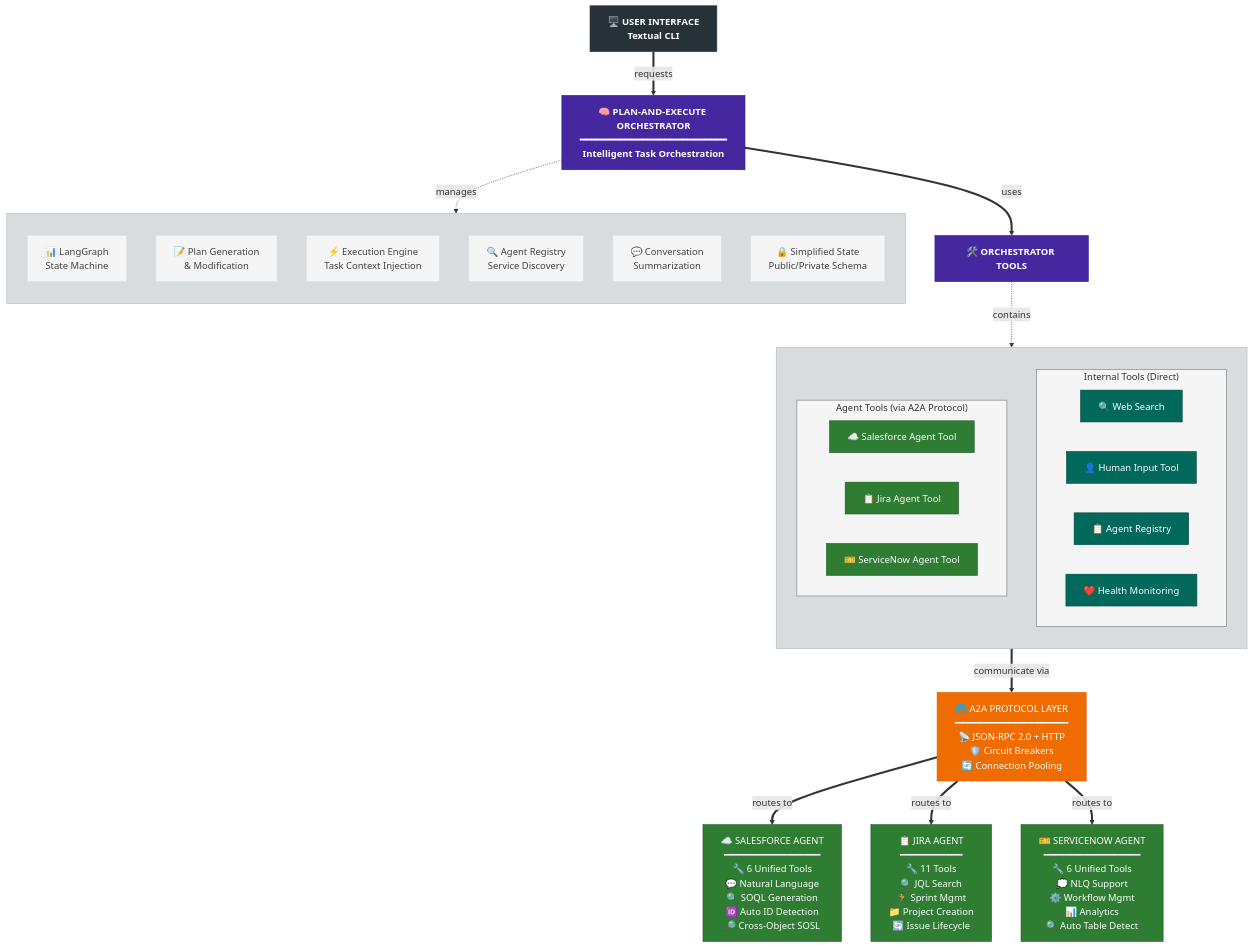
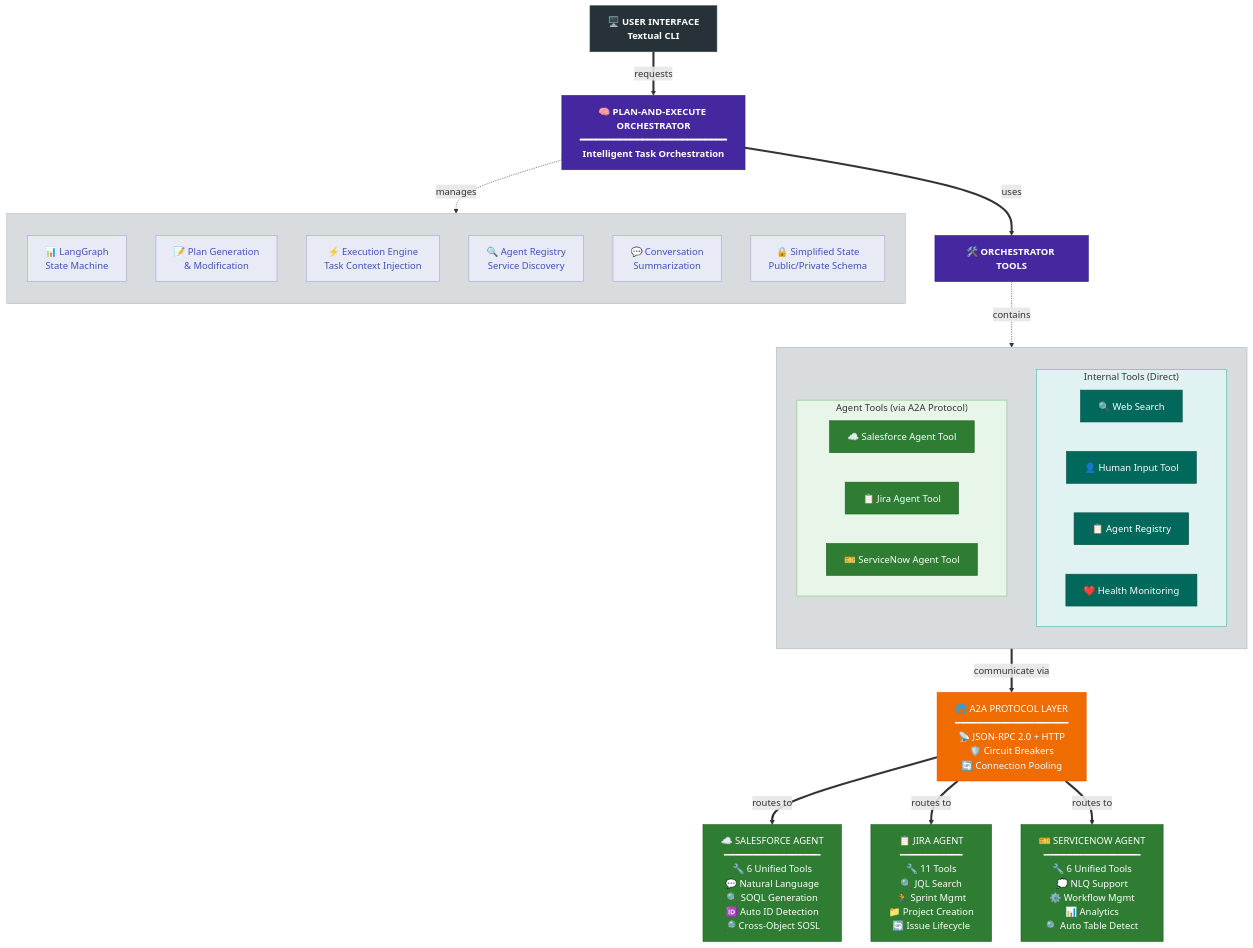
One commit to nickpeterson92/consultant-assistant changed the first of 3 diagrams in docs/guides/comprehensive-onboarding-guide.md. Above: the diagram before and after it, drawn with Mermaid. The commit also changed 1 other file, not shown here.

Commit message:
right here, its this one.

````diff
--- a/docs/guides/comprehensive-onboarding-guide.md
+++ b/docs/guides/comprehensive-onboarding-guide.md
@@ -242,69 +242,69 @@
 ```mermaid
 flowchart TB
     %% Modern, sleek color scheme with subtle, muted tones
     classDef uiClass fill:#263238,stroke:#37474f,stroke-width:1px,color:#ffffff,font-weight:bold
     classDef orchestratorClass fill:#4527a0,stroke:#311b92,stroke-width:1px,color:#ffffff,font-weight:bold
     classDef protocolClass fill:#ef6c00,stroke:#e65100,stroke-width:1px,color:#ffffff
     classDef agentToolClass fill:#2e7d32,stroke:#1b5e20,stroke-width:1px,color:#ffffff
     classDef internalToolClass fill:#00695c,stroke:#004d40,stroke-width:1px,color:#ffffff
-    classDef componentClass fill:#f5f5f5,stroke:#e0e0e0,stroke-width:1px,color:#424242
+    classDef componentClass fill:#e8eaf6,stroke:#9fa8da,stroke-width:1px,color:#3f51b5
     
     %% User Interface Layer
     UI[🖥️ USER INTERFACE<br>Textual CLI]:::uiClass
     
     %% Main Orchestrator
     UI ==>|"requests"| ORCH[🧠 PLAN-AND-EXECUTE ORCHESTRATOR<br>━━━━━━━━━━━━━━━━━━━━━━━━━━<br>Intelligent Task Orchestration]:::orchestratorClass
     
     %% Core Components with semi-transparent styling
     subgraph components[" "]
         direction TB
         LG[📊 LangGraph<br>State Machine]:::componentClass
         PG[📝 Plan Generation<br>& Modification]:::componentClass
         EE[⚡ Execution Engine<br>Task Context Injection]:::componentClass
         AR[🔍 Agent Registry<br>Service Discovery]:::componentClass
         CS[💬 Conversation<br>Summarization]:::componentClass
         SS[🔒 Simplified State<br>Public/Private Schema]:::componentClass
     end
     
     %% All Tools under one umbrella
     ORCH ==>|"uses"| TOOLS[🛠️ ORCHESTRATOR TOOLS]:::orchestratorClass
     
     %% Tools subgraph containing both types
     subgraph tools[" "]
         direction TB
         
         %% Internal Tools (Direct)
         subgraph internal["Internal Tools (Direct)"]
             WS[🔍 Web Search]:::internalToolClass
             HI[👤 Human Input Tool]:::internalToolClass
             REG[📋 Agent Registry]:::internalToolClass
             HM[❤️ Health Monitoring]:::internalToolClass
         end
         
         %% Agent Tools (via A2A)
         subgraph agents["Agent Tools (via A2A Protocol)"]
             SFT[☁️ Salesforce Agent Tool]:::agentToolClass
             JT[📋 Jira Agent Tool]:::agentToolClass
             SNT[🎫 ServiceNow Agent Tool]:::agentToolClass
         end
     end
     
     TOOLS -.->|contains| tools
     
     %% A2A Protocol connection from agent tools
     agents ==>|"communicate via"| PROTOCOL[🌐 A2A PROTOCOL LAYER<br>━━━━━━━━━━━━━━━━━━━━<br>📡 JSON-RPC 2.0 + HTTP<br>🛡️ Circuit Breakers<br>🔄 Connection Pooling]:::protocolClass
     
     %% Remote Agents
     PROTOCOL ==>|"routes to"| SF[☁️ SALESFORCE AGENT<br>━━━━━━━━━━━━━━━━━<br>🔧 6 Unified Tools<br>💬 Natural Language<br>🔍 SOQL Generation<br>🆔 Auto ID Detection<br>🔎 Cross-Object SOSL]:::agentToolClass
     
     PROTOCOL ==>|"routes to"| JIRA[📋 JIRA AGENT<br>━━━━━━━━━━━<br>🔧 11 Tools<br>🔍 JQL Search<br>🏃 Sprint Mgmt<br>📁 Project Creation<br>🔄 Issue Lifecycle]:::agentToolClass
     
     PROTOCOL ==>|"routes to"| SN[🎫 SERVICENOW AGENT<br>━━━━━━━━━━━━━━━━━<br>🔧 6 Unified Tools<br>💭 NLQ Support<br>⚙️ Workflow Mgmt<br>📊 Analytics<br>🔍 Auto Table Detect]:::agentToolClass
     
     %% Styling adjustments
     ORCH -.->|manages| components
     style components fill:#37474f30,stroke:#546e7a60,stroke-width:1px
     style tools fill:#37474f30,stroke:#546e7a60,stroke-width:1px
-    style internal fill:#f5f5f5,stroke:#757575,stroke-width:1px
-    style agents fill:#f5f5f5,stroke:#757575,stroke-width:1px
+    style internal fill:#e0f2f1,stroke:#4db6ac,stroke-width:1px
+    style agents fill:#e8f5e9,stroke:#81c784,stroke-width:1px
 ```
````
